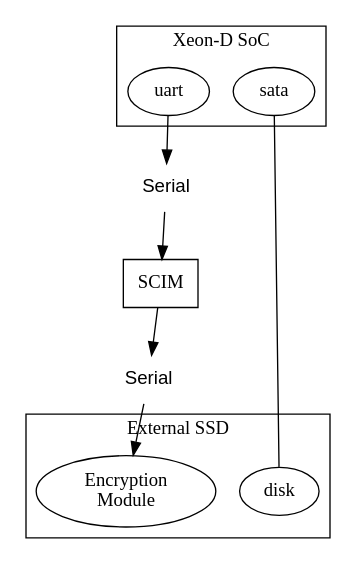
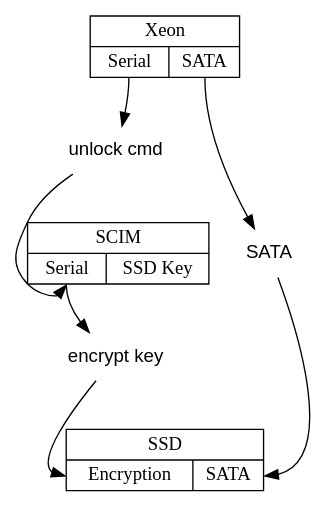
Before and after one commit to jjjesus/XeonInterface: the diagram in img/ssd.dot, drawn with Graphviz. The commit also changed other lines of this file and 3 other files, not shown here.

Commit message:
SSD using graphviz records

```diff
--- a/img/ssd.dot
+++ b/img/ssd.dot
@@ -1,32 +1,21 @@
-digraph D {
-    subgraph cluster_c1 {
-        label = "Xeon-D SoC";
-        uart;
-        sata;
-    }
+digraph structs {
+    node [shape=record];
+    struct1 [shape=record,label="{{<f0> Xeon}|{<f1> Serial|<f2> SATA}}"];
+    struct2 [shape=record,label="{{<f0> SCIM}|{<f1> Serial|<f2> SSD Key}}"];
+    struct3 [shape=record,label="{{<f0> SSD}|{<f1> Encryption|<f2> SATA}}"];
 
-    subgraph cluster_c2 {
-        label = "External SSD";
-        disk;
-        encrypt [ label="Encryption\nModule" ];
-    }
+    serial1 [fillcolor=white style="filled,setlinewidth(0)" fontcolor=black fontname="Helvetica" shape=plaintext label="unlock cmd"] 
 
-    SCIM [shape=box fillcolor="#44BB44" label="SCIM" ]
+    serial2 [fillcolor=white style="filled,setlinewidth(0)" fontcolor=black fontname="Helvetica" shape=plaintext label="encrypt key"] 
 
-    serial1
-                [fillcolor=white
-                style="filled,setlinewidth(0)"
-                fontcolor=black fontname="Helvetica" shape=plaintext label="Serial"]
+    sata [fillcolor=white style="filled,setlinewidth(0)" fontcolor=black fontname="Helvetica" shape=plaintext label="SATA"] 
 
-    serial2
-                [fillcolor=white
-                style="filled,setlinewidth(0)"
-                fontcolor=black fontname="Helvetica" shape=plaintext label="Serial"]
+    struct1:f1 -> serial1;
+    serial1 -> struct2:f1;
+    struct2:f1 -> serial2;
+    serial2 -> struct3:f1;
 
-    uart->serial1
-    serial1->SCIM
-    SCIM->serial2
-    serial2->encrypt
+    struct1:f2 -> sata;
+    sata -> struct3:f2;
 
-    sata->disk [dir=none]
 }
```
